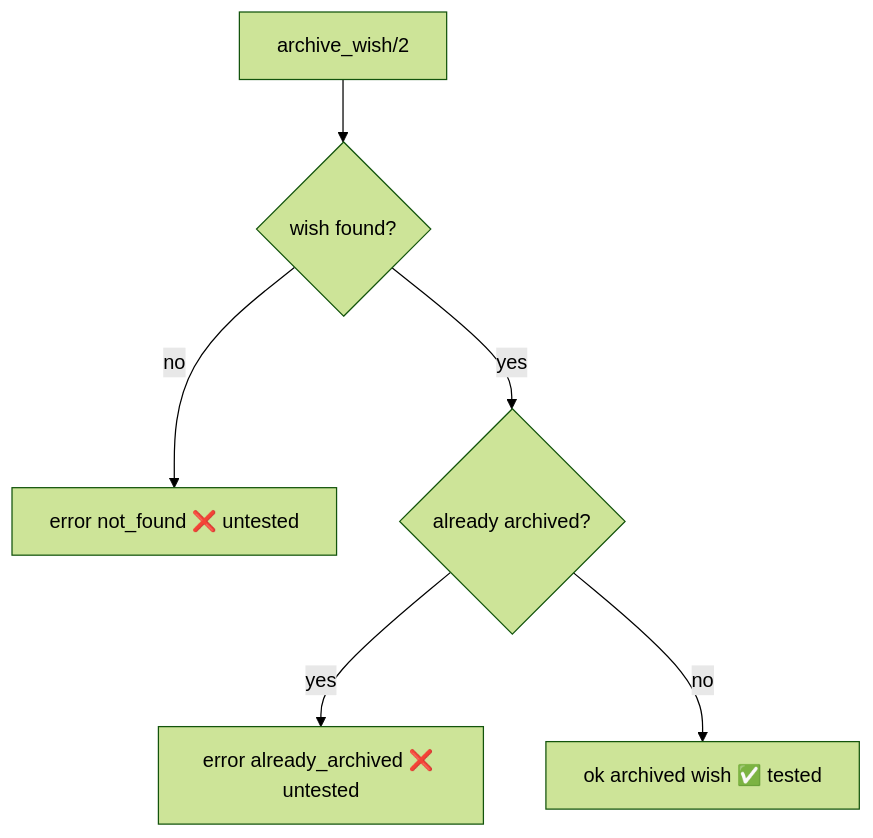
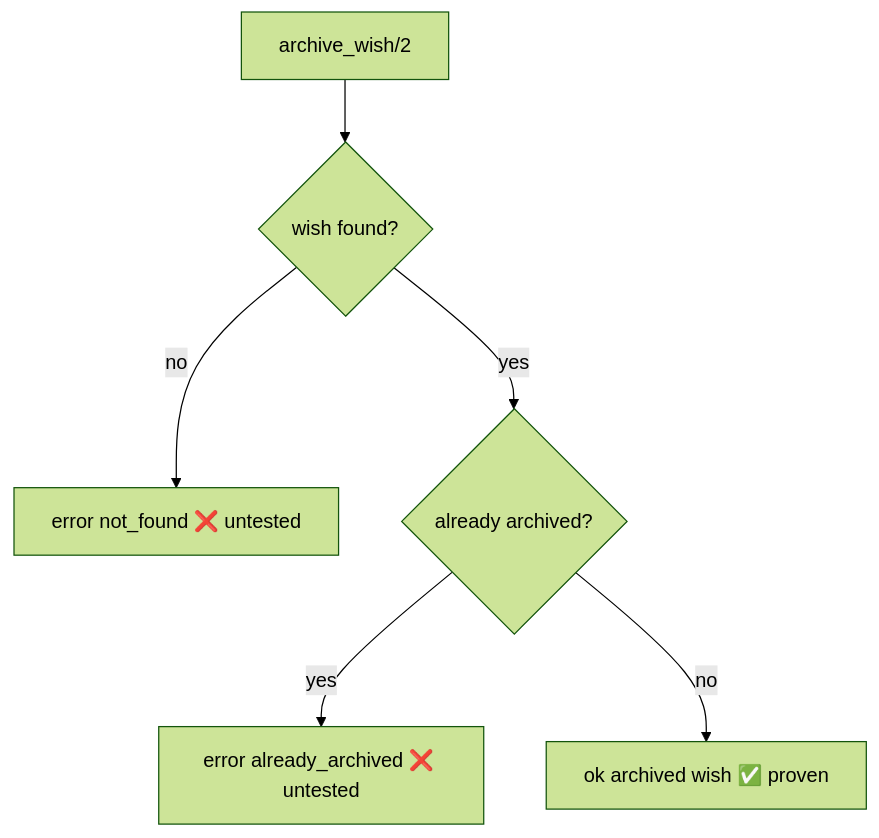
One commit to colette-club/colette-marketplace changed the fifth of 9 diagrams in plugins/engineering-review/skills/review-report/SKILL.md. Above: the diagram before and after it, drawn with Mermaid (forest theme). The commit also changed other lines of this file and 3 other files, not shown here.

````diff
--- a/plugins/engineering-review/skills/review-report/SKILL.md
+++ b/plugins/engineering-review/skills/review-report/SKILL.md
@@ -365,8 +366,8 @@
 ```mermaid
 flowchart TD
   S["archive_wish/2"] --> A{"wish found?"}
   A -- no --> NF["error not_found ❌ untested"]
   A -- yes --> B{"already archived?"}
   B -- yes --> AA["error already_archived ❌ untested"]
-  B -- no --> OK["ok archived wish ✅ tested"]
+  B -- no --> OK["ok archived wish ✅ proven"]
 ```
````
